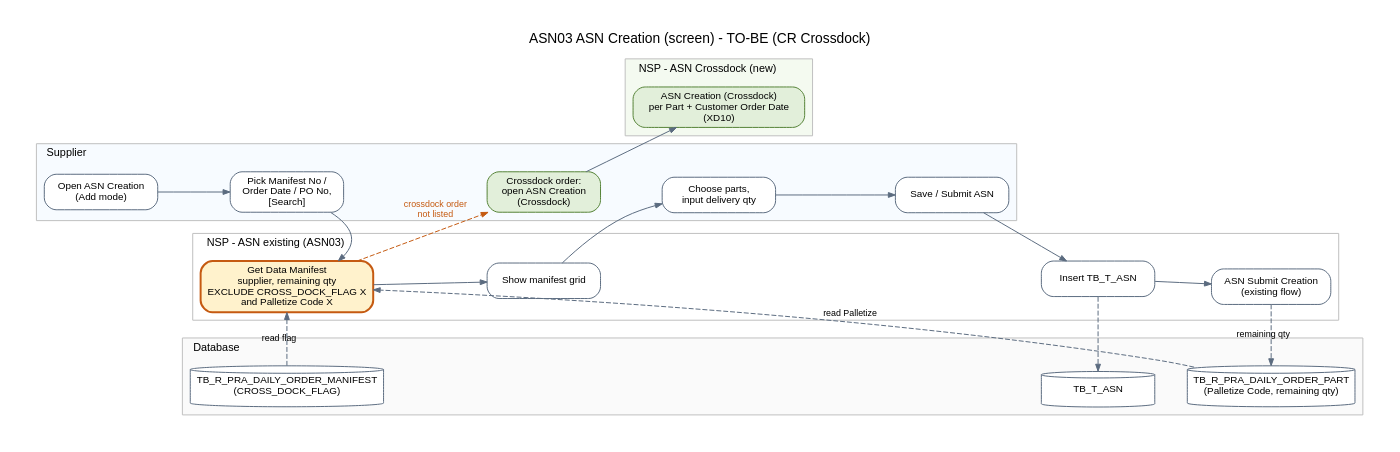
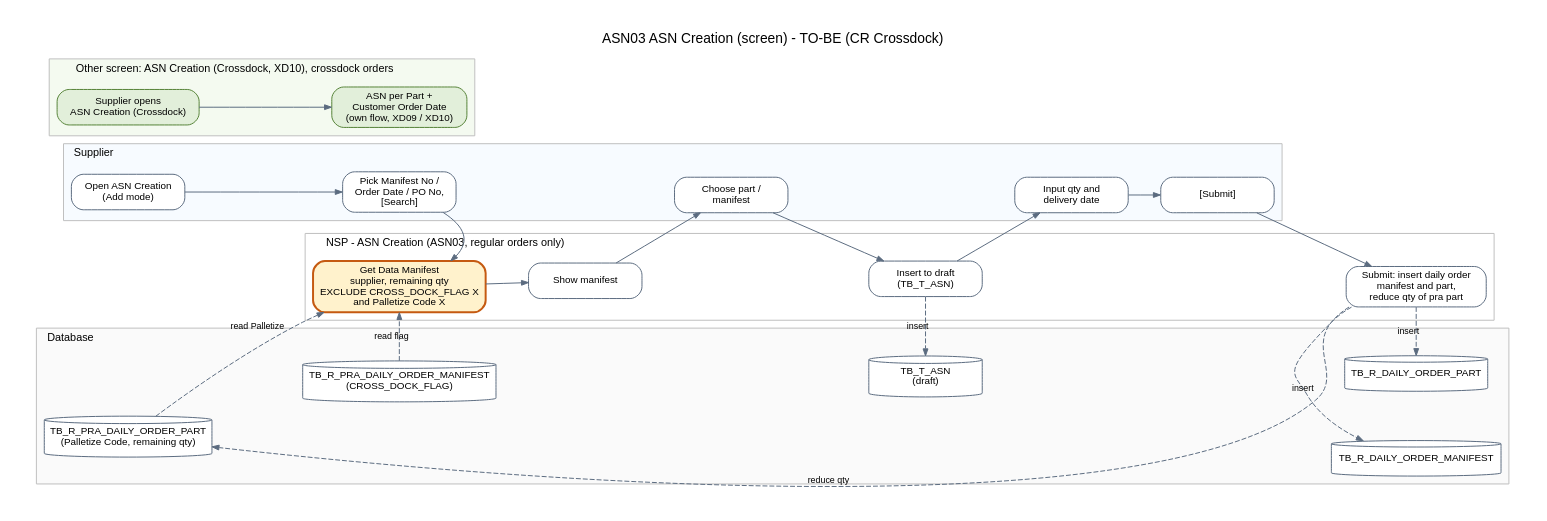
One commit to ivanrayhannn/crossdockpoc changed the diagram in deliverables/asn_existing/flow_img/asn03_to_be.dot. Above: the diagram before and after it, drawn with Graphviz. The commit also changed 13 other files, not shown here.

First line of the commit message:
ASN03 / ASN04 business flow: draft -> qty and delivery date -> Submit (daily order manifest / part, pra part qty); crossdock ASN on another screen

```diff
--- a/deliverables/asn_existing/flow_img/asn03_to_be.dot
+++ b/deliverables/asn_existing/flow_img/asn03_to_be.dot
@@ -1,33 +1,38 @@
 digraph G {
   graph [rankdir=LR, fontname="Helvetica", fontsize=11, nodesep=0.35, ranksep=0.45, pad=0.3, newrank=true, label="ASN03 ASN Creation (screen) - TO-BE (CR Crossdock)", labelloc=t, fontsize=14];
   node [shape=box, style="rounded,filled", fillcolor="#FFFFFF", color="#5B6B7F", fontname="Helvetica", fontsize=10, margin="0.12,0.06", width=1.6];
   edge [color="#5B6B7F", fontname="Helvetica", fontsize=9, arrowsize=0.7];
   subgraph cluster_sup { label="Supplier"; style="filled"; fillcolor="#F7FBFF"; color="#BFBFBF"; fontsize=11; labeljust=l;
     s1 [label="Open ASN Creation\n(Add mode)"];
     s2 [label="Pick Manifest No /\nOrder Date / PO No,\n[Search]"];
-    s3 [label="Choose parts,\ninput delivery qty"];
-    s4 [label="Save / Submit ASN"];
-    s5 [label="Crossdock order:\nopen ASN Creation\n(Crossdock)", fillcolor="#E2EFDA" color="#548235"];
+    s3 [label="Choose part /\nmanifest"];
+    s4 [label="Input qty and\ndelivery date"];
+    s5 [label="[Submit]"];
   }
-  subgraph cluster_nsp { label="NSP - ASN existing (ASN03)"; style="filled"; fillcolor="#FFFFFF"; color="#BFBFBF"; fontsize=11; labeljust=l;
+  subgraph cluster_nsp { label="NSP - ASN Creation (ASN03, regular orders only)"; style="filled"; fillcolor="#FFFFFF"; color="#BFBFBF"; fontsize=11; labeljust=l;
     n2 [label="Get Data Manifest\nsupplier, remaining qty\nEXCLUDE CROSS_DOCK_FLAG X\nand Palletize Code X", fillcolor="#FFF2CC" color="#C55A11" penwidth=2];
-    n3 [label="Show manifest grid"];
-    n4 [label="Insert TB_T_ASN"];
-    n5 [label="ASN Submit Creation\n(existing flow)"];
+    n3 [label="Show manifest"];
+    n4 [label="Insert to draft\n(TB_T_ASN)"];
+    n5 [label="Submit: insert daily order\nmanifest and part,\nreduce qty of pra part"];
   }
-  subgraph cluster_xd { label="NSP - ASN Crossdock (new)"; style="filled"; fillcolor="#F4FAF0"; color="#BFBFBF"; fontsize=11; labeljust=l;
-    x1 [label="ASN Creation (Crossdock)\nper Part + Customer Order Date\n(XD10)", fillcolor="#E2EFDA" color="#548235"];
+  subgraph cluster_xd { label="Other screen: ASN Creation (Crossdock, XD10), crossdock orders"; style="filled"; fillcolor="#F4FAF0"; color="#BFBFBF"; fontsize=11; labeljust=l;
+    x0 [label="Supplier opens\nASN Creation (Crossdock)", fillcolor="#E2EFDA" color="#548235"];
+    x1 [label="ASN per Part +\nCustomer Order Date\n(own flow, XD09 / XD10)", fillcolor="#E2EFDA" color="#548235"];
   }
   subgraph cluster_db { label="Database"; style="filled"; fillcolor="#FAFAFA"; color="#BFBFBF"; fontsize=11; labeljust=l;
     db_pm [shape=cylinder, label="TB_R_PRA_DAILY_ORDER_MANIFEST\n(CROSS_DOCK_FLAG)"];
     db_pp [shape=cylinder, label="TB_R_PRA_DAILY_ORDER_PART\n(Palletize Code, remaining qty)"];
-    db_asn [shape=cylinder, label="TB_T_ASN"];
+    db_asn [shape=cylinder, label="TB_T_ASN\n(draft)"];
+    db_dm [shape=cylinder, label="TB_R_DAILY_ORDER_MANIFEST"];
+    db_dp [shape=cylinder, label="TB_R_DAILY_ORDER_PART"];
   }
-  s1 -> s2 -> n2 -> n3 -> s3 -> s4 -> n4 -> n5;
+  s1 -> s2 -> n2 -> n3 -> s3 -> n4 -> s4 -> s5 -> n5;
   db_pm -> n2 [style=dashed, label="read flag", constraint=false]; db_pp -> n2 [style=dashed, label="read Palletize", constraint=false];
-  n4 -> db_asn [style=dashed, constraint=false]; n5 -> db_pp [style=dashed, label="remaining qty", constraint=false];
+  n4 -> db_asn [style=dashed, label="insert", constraint=false];
+  n5 -> db_dm [style=dashed, label="insert", constraint=false]; n5 -> db_dp [style=dashed, label="insert", constraint=false];
+  n5 -> db_pp [style=dashed, label="reduce qty", constraint=false];
   { rank=same; s2; n2; db_pm; } s2 -> n2 [style=invis]; n2 -> db_pm [style=invis];
-  { rank=same; n5; db_pp; } n5 -> db_pp [style=invis];
-  { rank=same; n4; db_asn; }
-  n2 -> s5 [style=dashed, label="crossdock order\nnot listed", color="#C55A11", fontcolor="#C55A11"]; s5 -> x1;
+  { rank=same; n4; db_asn; } n4 -> db_asn [style=invis];
+  { rank=same; n5; db_dm; db_dp; } n5 -> db_dm [style=invis]; db_dm -> db_dp [style=invis];
+  x0 -> x1;
 }
```
